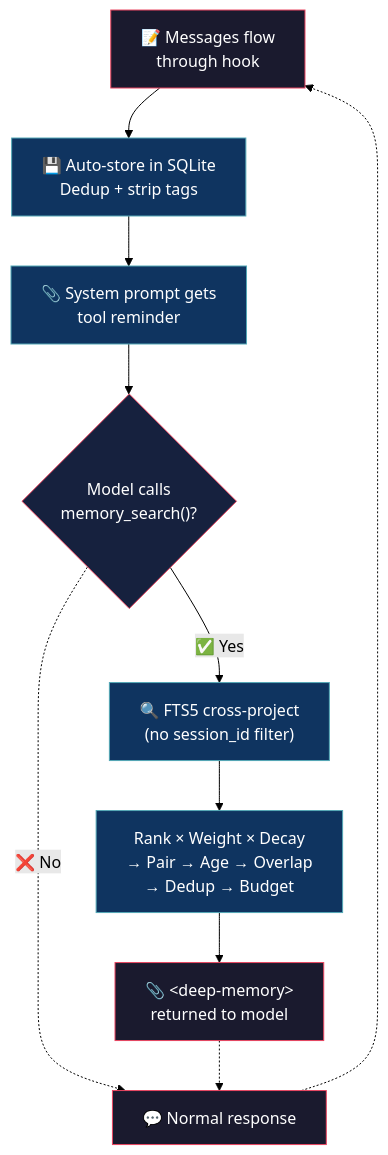
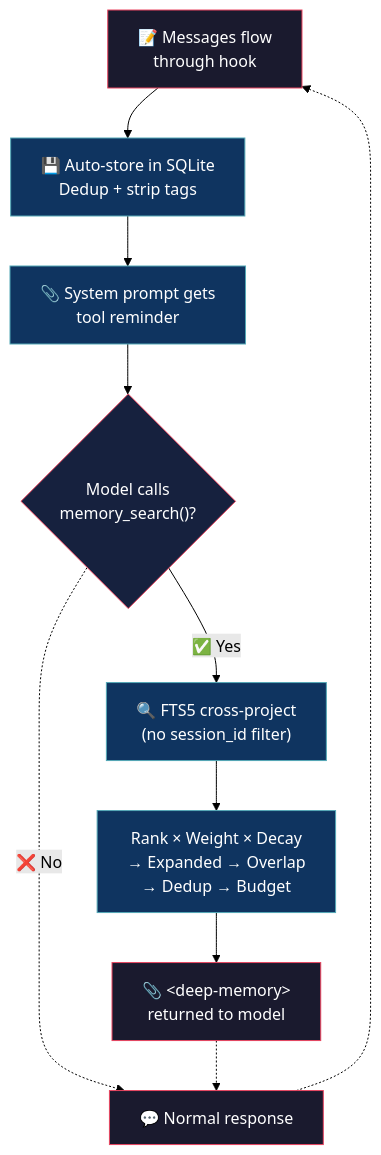
Before and after one commit to alejo54dev/opencode-deep-memory: the diagram in README.md, drawn with Mermaid (forest theme). The commit also changed other lines of this file and 2 other files, not shown here.

Commit message:
v2.0.0: BM25F entityWeight fix, STRIP_PATTERNS robust, SYSTEM_PROMPT array, new config keys (context_window/entity_weight/recency_halflife), doc updates

````diff
--- a/README.md
+++ b/README.md
@@ -31,23 +31,23 @@
 ```mermaid
 flowchart TD
     A["📝 Messages flow<br/>through hook"]
     A --> B["💾 Auto-store in SQLite<br/>Dedup + strip tags"]
     B --> C["📎 System prompt gets<br/>tool reminder"]
 
     C --> D{"Model calls<br/>memory_search()?"}
     D -->|"✅ Yes"| E["🔍 FTS5 cross-project<br/>(no session_id filter)"]
-    E --> F["Rank × Weight × Decay<br/>→ Pair → Age → Overlap<br/>→ Dedup → Budget"]
+    E --> F["Rank × Weight × Decay<br/>→ Expanded → Overlap<br/>→ Dedup → Budget"]
     F --> G["📎 &lt;deep-memory&gt;<br/>returned to model"]
     D -.->|"❌ No"| H["💬 Normal response"]
     G -.-> H
     H -.-> A
 
     style A fill:#1a1a2e,stroke:#e94560,color:#fff
     style B fill:#0f3460,stroke:#53a8b6,color:#fff
     style C fill:#0f3460,stroke:#53a8b6,color:#fff
     style D fill:#16213e,stroke:#e94560,color:#fff
     style E fill:#0f3460,stroke:#53a8b6,color:#fff
     style F fill:#0f3460,stroke:#53a8b6,color:#fff
     style G fill:#1a1a2e,stroke:#e94560,color:#fff
     style H fill:#1a1a2e,stroke:#e94560,color:#fff
 ```
````
